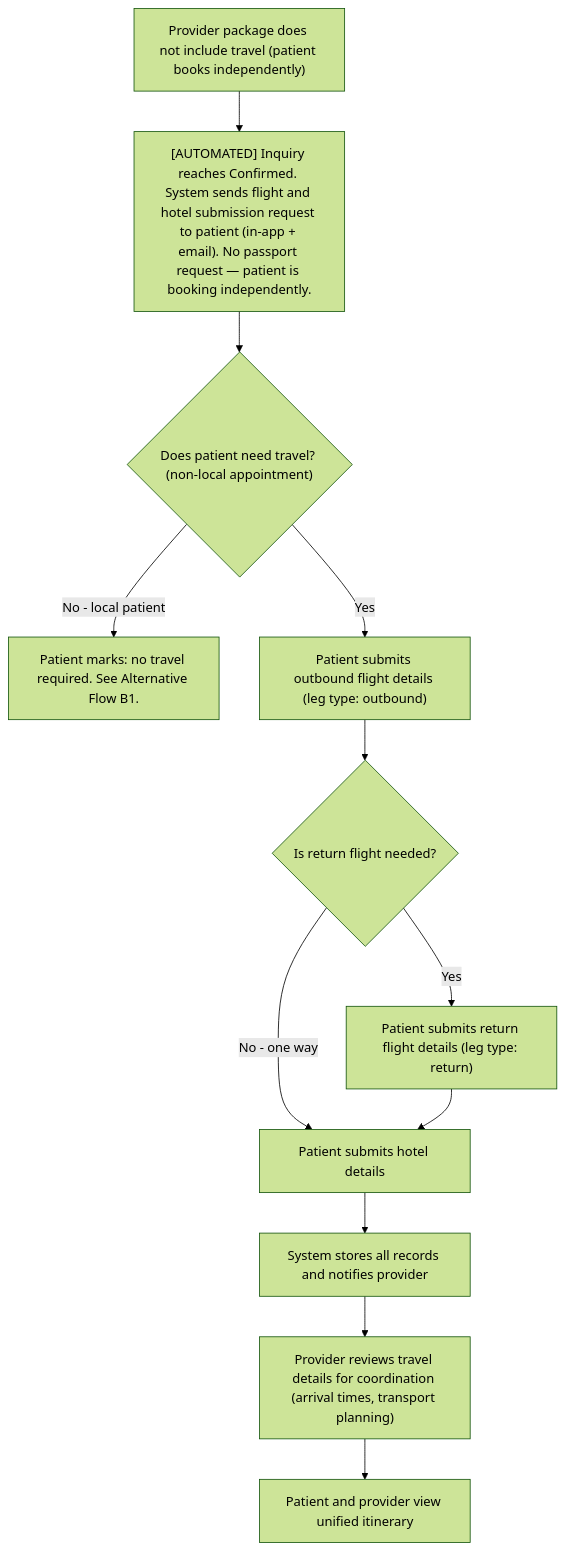
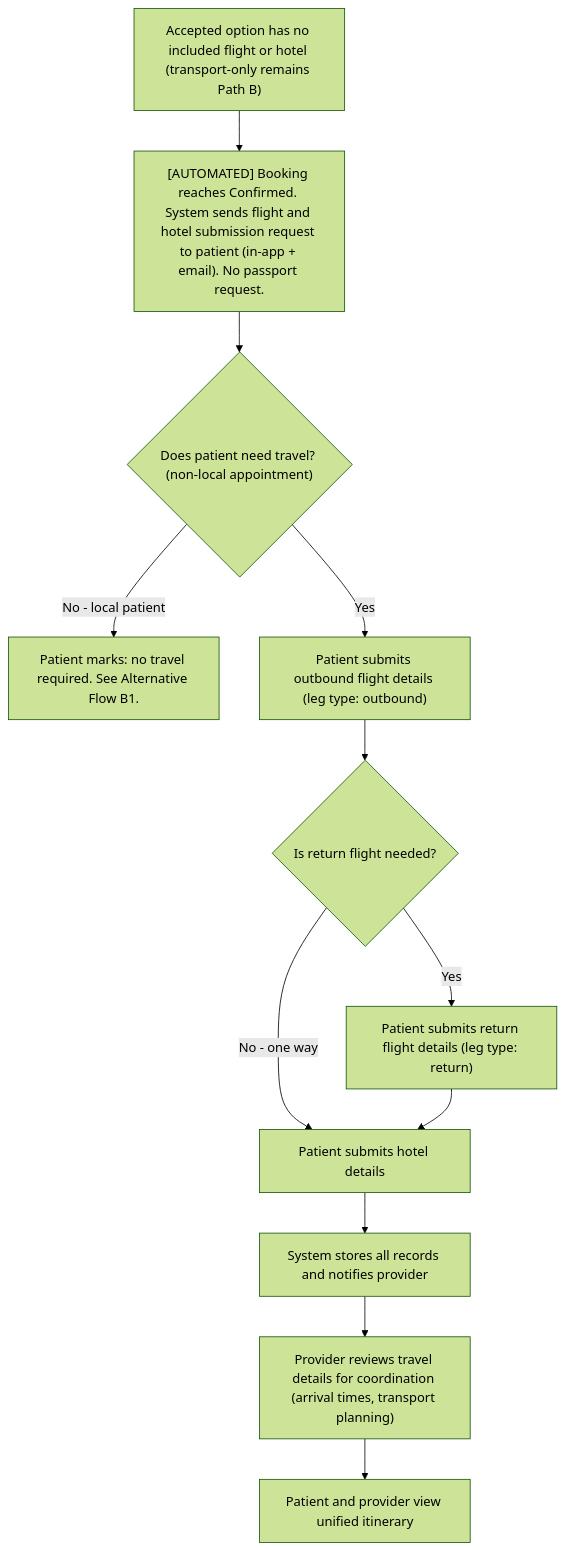
One commit to joachimtrungtuan/hairline-pm-docs changed the second of 5 diagrams in project-requirements/functional-requirements/fr008-travel-booking-integration/prd.md. Above: the diagram before and after it, drawn with Mermaid (forest theme). The commit also changed other lines of this file and 2 other files, not shown here.

Commit message:
docs(travel): align travel with confirmed booking choice

````diff
--- a/project-requirements/functional-requirements/fr008-travel-booking-integration/prd.md
+++ b/project-requirements/functional-requirements/fr008-travel-booking-integration/prd.md
@@ -150,26 +150,26 @@
 ```mermaid
 flowchart TD
-  B1["Provider package does not include travel (patient books independently)"]
-  B2["[AUTOMATED] Inquiry reaches Confirmed. System sends flight and hotel submission request to patient (in-app + email). No passport request — patient is booking independently."]
+  B1["Accepted option has no included flight or hotel (transport-only remains Path B)"]
+  B2["[AUTOMATED] Booking reaches Confirmed. System sends flight and hotel submission request to patient (in-app + email). No passport request."]
   B3{"Does patient need travel? (non-local appointment)"}
   B4["Patient marks: no travel required. See Alternative Flow B1."]
   B5["Patient submits outbound flight details (leg type: outbound)"]
   B6{"Is return flight needed?"}
   B7["Patient submits return flight details (leg type: return)"]
   B8["Patient submits hotel details"]
   B9["System stores all records and notifies provider"]
   B10["Provider reviews travel details for coordination (arrival times, transport planning)"]
   B11["Patient and provider view unified itinerary"]
 
   B1 --> B2
   B2 --> B3
   B3 -->|No - local patient| B4
   B3 -->|Yes| B5
   B5 --> B6
   B6 -->|Yes| B7
   B6 -->|No - one way| B8
   B7 --> B8
   B8 --> B9
   B9 --> B10
   B10 --> B11
 ```
````
